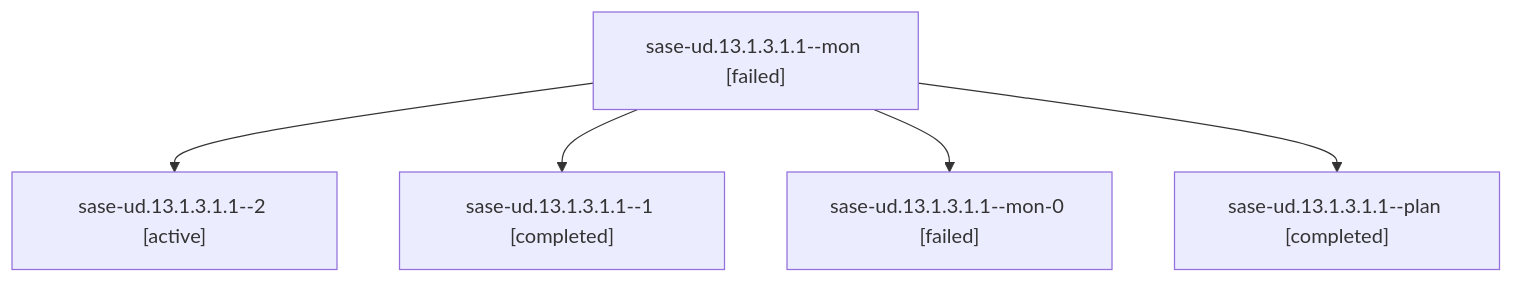
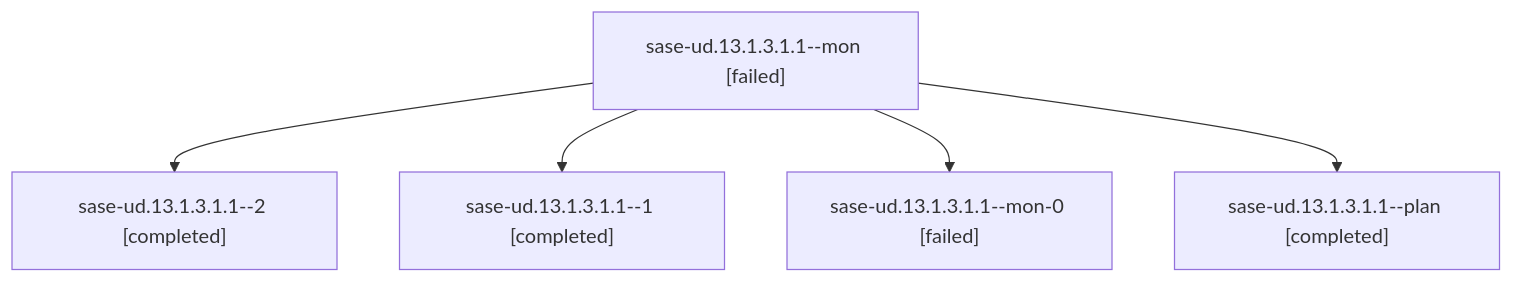
One commit to sase-org/sase--agents changed the diagram in families/bbugyi200.athena.sase-ud.13.1.3.1.1.md. Above: the diagram before and after it, drawn with Mermaid. The commit also changed other lines of this file and 113 other files, not shown here.

````diff
--- a/families/bbugyi200.athena.sase-ud.13.1.3.1.1.md
+++ b/families/bbugyi200.athena.sase-ud.13.1.3.1.1.md
@@ -9,12 +9,12 @@
 ```mermaid
 flowchart TD
   n0["sase-ud.13.1.3.1.1--mon [failed]"]
-  n1["sase-ud.13.1.3.1.1--2 [active]"]
+  n1["sase-ud.13.1.3.1.1--2 [completed]"]
   n0 --> n1
   n2["sase-ud.13.1.3.1.1--1 [completed]"]
   n0 --> n2
   n3["sase-ud.13.1.3.1.1--mon-0 [failed]"]
   n0 --> n3
   n4["sase-ud.13.1.3.1.1--plan [completed]"]
   n0 --> n4
 ```
````
